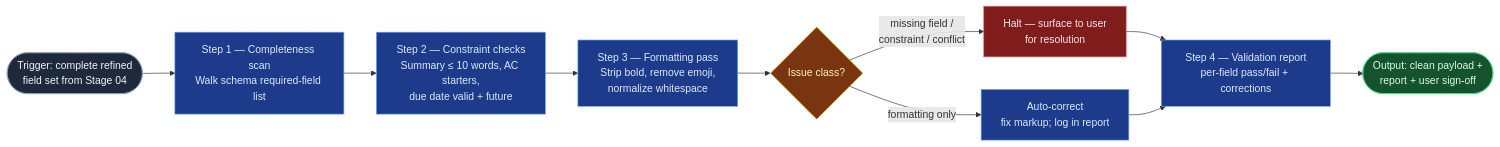
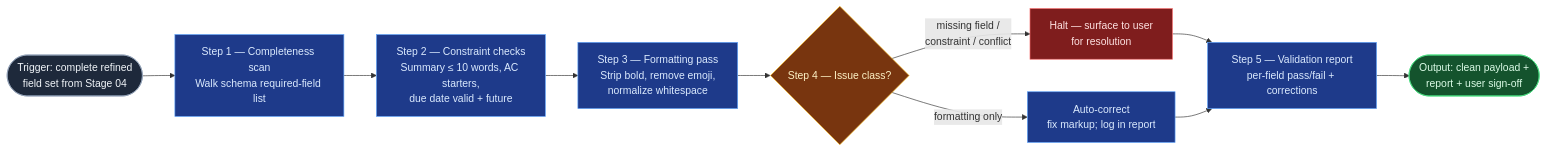
Before and after one commit to RafySauce/flow-lab: the diagram in skill-foundry/backlog-skill-starters/workitem-validation/SKILL.md, drawn with Mermaid. The commit also changed other lines of this file and 14 other files, not shown here.

First line of the commit message:
Run five-point gate pre-review and flowspace validation for ai-refinement

````diff
--- a/skill-foundry/backlog-skill-starters/workitem-validation/SKILL.md
+++ b/skill-foundry/backlog-skill-starters/workitem-validation/SKILL.md
@@ -38,18 +38,18 @@
 ```mermaid
 flowchart LR
     Start(["Trigger: complete refined<br/>field set from Stage 04"]):::start --> C["Step 1 — Completeness scan<br/>Walk schema required-field list"]:::process
     C --> K["Step 2 — Constraint checks<br/>Summary ≤ 10 words, AC starters,<br/>due date valid + future"]:::process
     K --> F["Step 3 — Formatting pass<br/>Strip bold, remove emoji,<br/>normalize whitespace"]:::process
-    F --> D{"Issue class?"}:::decision
+    F --> D{"Step 4 — Issue class?"}:::decision
     D -->|"formatting only"| AC["Auto-correct<br/>fix markup; log in report"]:::process
     D -->|"missing field /<br/>constraint / conflict"| H["Halt — surface to user<br/>for resolution"]:::halt
     H --> R
-    AC --> R["Step 4 — Validation report<br/>per-field pass/fail + corrections"]:::process
+    AC --> R["Step 5 — Validation report<br/>per-field pass/fail + corrections"]:::process
     R --> Output(["Output: clean payload +<br/>report + user sign-off"]):::output
 
     classDef start fill:#1e293b,stroke:#94a3b8,color:#f1f5f9
     classDef process fill:#1e3a8a,stroke:#60a5fa,color:#dbeafe
     classDef decision fill:#78350f,stroke:#fbbf24,color:#fef3c7
     classDef output fill:#14532d,stroke:#4ade80,color:#dcfce7
     classDef halt fill:#7f1d1d,stroke:#f87171,color:#fee2e2
 ```
````
